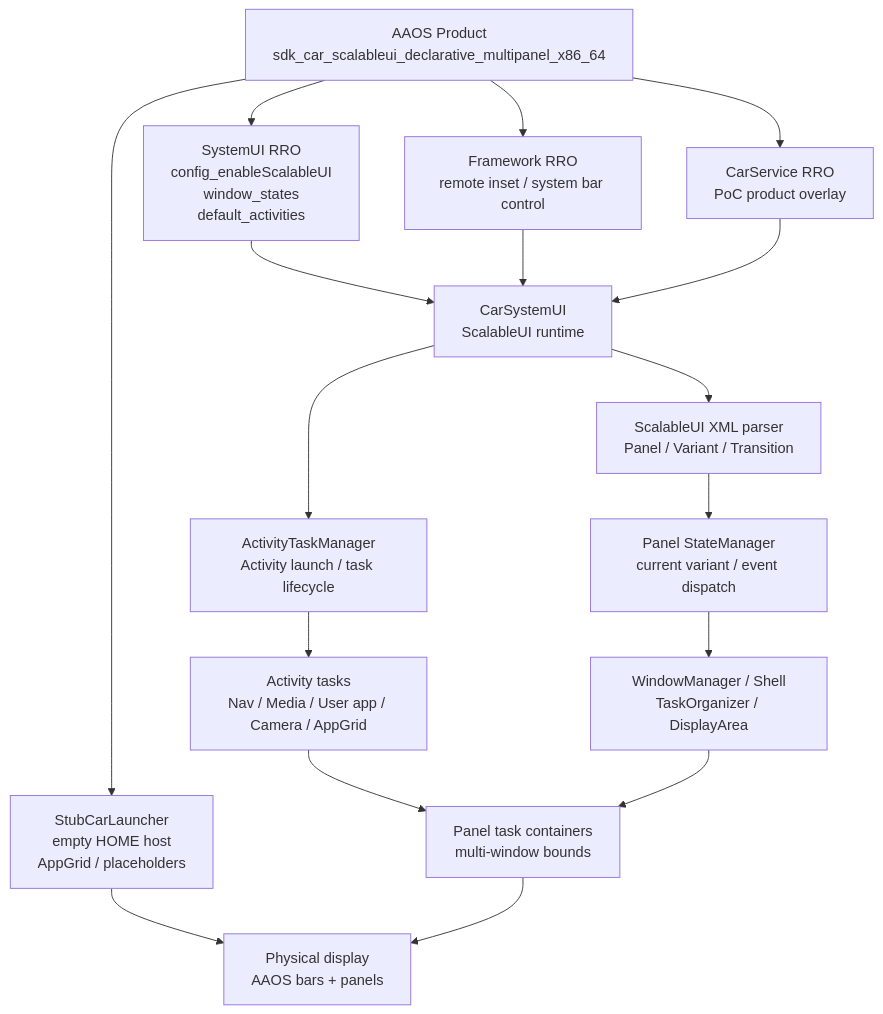
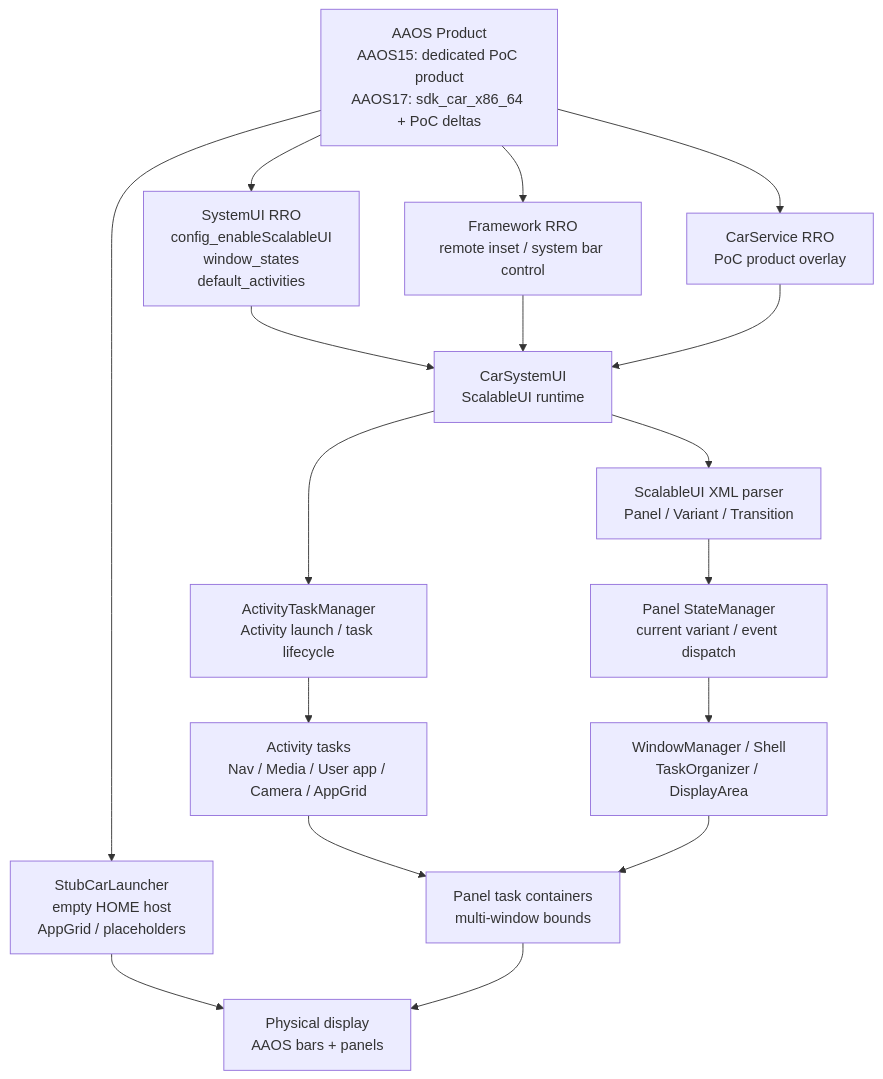
The first of 7 diagrams in docs/scalableui_window_manager_flow_ja.md (Nyma-fuk/scalableui-poc), drawn with Mermaid before and after one commit. The commit also changed other lines of this file and 16 other files, not shown here.

````diff
--- a/docs/scalableui_window_manager_flow_ja.md
+++ b/docs/scalableui_window_manager_flow_ja.md
@@ -11,33 +11,33 @@
 ```mermaid
 flowchart TB
-    Product[AAOS Product<br/>sdk_car_scalableui_declarative_multipanel_x86_64]
+    Product[AAOS Product<br/>AAOS15: dedicated PoC product<br/>AAOS17: sdk_car_x86_64 + PoC deltas]
     FrameworkRRO[Framework RRO<br/>remote inset / system bar control]
     CarServiceRRO[CarService RRO<br/>PoC product overlay]
     SystemUIRRO[SystemUI RRO<br/>config_enableScalableUI<br/>window_states<br/>default_activities]
     StubLauncher[StubCarLauncher<br/>empty HOME host<br/>AppGrid / placeholders]
     CarSystemUI[CarSystemUI<br/>ScalableUI runtime]
     Parser[ScalableUI XML parser<br/>Panel / Variant / Transition]
     StateManager[Panel StateManager<br/>current variant / event dispatch]
     WM[WindowManager / Shell<br/>TaskOrganizer / DisplayArea]
     ATM[ActivityTaskManager<br/>Activity launch / task lifecycle]
     PanelTasks[Panel task containers<br/>multi-window bounds]
     Apps[Activity tasks<br/>Nav / Media / User app / Camera / AppGrid]
     Display[Physical display<br/>AAOS bars + panels]
 
     Product --> FrameworkRRO
     Product --> CarServiceRRO
     Product --> SystemUIRRO
     Product --> StubLauncher
     SystemUIRRO --> CarSystemUI
     FrameworkRRO --> CarSystemUI
     CarServiceRRO --> CarSystemUI
     StubLauncher --> Display
     CarSystemUI --> Parser
     Parser --> StateManager
     StateManager --> WM
     CarSystemUI --> ATM
     ATM --> Apps
     Apps --> PanelTasks
     WM --> PanelTasks
     PanelTasks --> Display
 ```
````
